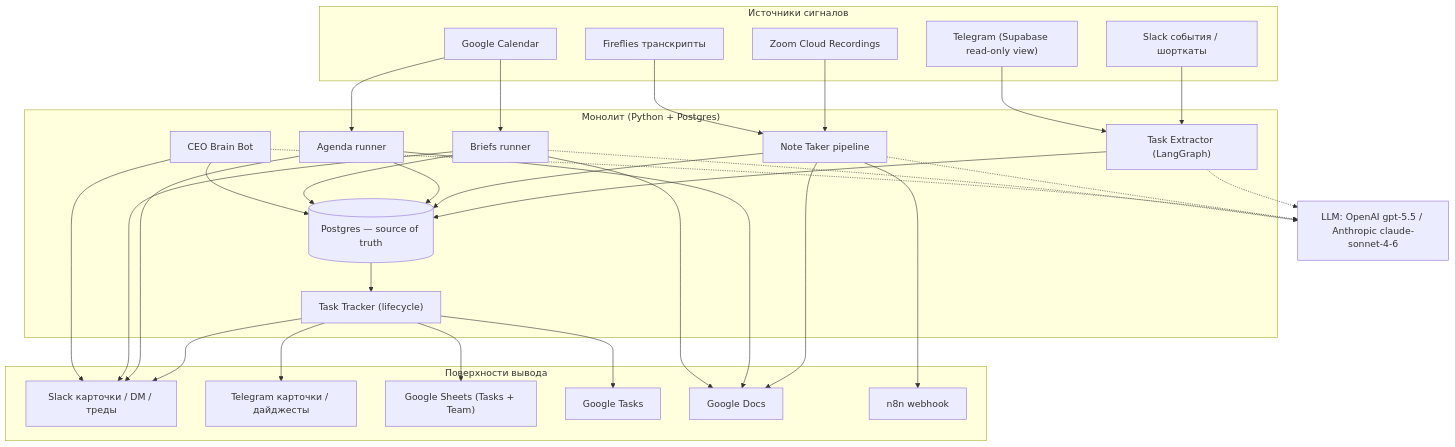
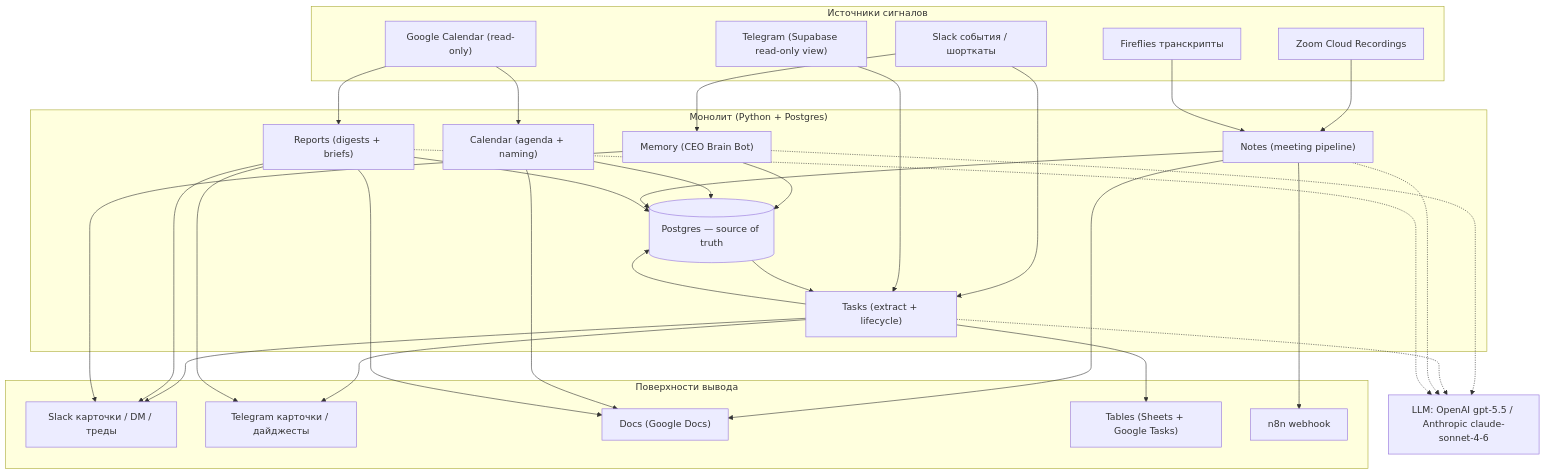
The first of 19 diagrams in CEO_BRAIN_SPEC_ASIS.md (andre-kuzminykh/manager), drawn with Mermaid before and after one commit. The commit also changed other lines of this file, not shown here.

First line of the commit message:
docs: переразбить CEO Brain AS-IS PRD на 7 фич по типу объекта

````diff
--- a/CEO_BRAIN_SPEC_ASIS.md
+++ b/CEO_BRAIN_SPEC_ASIS.md
@@ -87,61 +100,59 @@
 ```mermaid
 flowchart TD
     subgraph SRC["Источники сигналов"]
         SL["Slack события / шорткаты"]
         TG["Telegram (Supabase read-only view)"]
         ZM["Zoom Cloud Recordings"]
         FF["Fireflies транскрипты"]
-        GC["Google Calendar"]
+        GC["Google Calendar (read-only)"]
     end
 
     subgraph CORE["Монолит (Python + Postgres)"]
-        EXT["Task Extractor (LangGraph)"]
-        NTK["Note Taker pipeline"]
-        TRK["Task Tracker (lifecycle)"]
-        AGN["Agenda runner"]
-        BRF["Briefs runner"]
-        BOT["CEO Brain Bot"]
+        MEM["Memory (CEO Brain Bot)"]
+        TSK["Tasks (extract + lifecycle)"]
+        CAL["Calendar (agenda + naming)"]
+        NOTE["Notes (meeting pipeline)"]
+        REP["Reports (digests + briefs)"]
         DB[("Postgres — source of truth")]
     end
 
     subgraph OUT["Поверхности вывода"]
         SLO["Slack карточки / DM / треды"]
         TGO["Telegram карточки / дайджесты"]
-        GS["Google Sheets (Tasks + Team)"]
-        GT["Google Tasks"]
-        GD["Google Docs"]
+        DOC["Docs (Google Docs)"]
+        TBL["Tables (Sheets + Google Tasks)"]
         WH["n8n webhook"]
     end
 
-    SL --> EXT
-    TG --> EXT
-    ZM --> NTK
-    FF --> NTK
-    GC --> AGN
-    GC --> BRF
+    SL --> MEM
+    SL --> TSK
+    TG --> TSK
+    ZM --> NOTE
+    FF --> NOTE
+    GC --> CAL
+    GC --> REP
 
-    EXT --> DB
-    NTK --> DB
-    AGN --> DB
-    BRF --> DB
-    BOT --> DB
+    MEM --> DB
+    TSK --> DB
+    CAL --> DB
+    NOTE --> DB
+    REP --> DB
 
-    DB --> TRK
-    TRK --> SLO
-    TRK --> TGO
-    TRK --> GS
-    TRK --> GT
-    NTK --> GD
-    NTK --> WH
-    AGN --> SLO
-    AGN --> GD
-    BRF --> SLO
-    BRF --> GD
-    BOT --> SLO
+    DB --> TSK
+    TSK --> SLO
+    TSK --> TGO
+    TSK --> TBL
+    NOTE --> DOC
+    NOTE --> WH
+    CAL --> DOC
+    REP --> DOC
+    REP --> SLO
+    REP --> TGO
+    MEM --> SLO
 
     LLM["LLM: OpenAI gpt-5.5 / Anthropic claude-sonnet-4-6"]
-    EXT -.-> LLM
-    NTK -.-> LLM
-    BOT -.-> LLM
-    BRF -.-> LLM
+    MEM -.-> LLM
+    TSK -.-> LLM
+    NOTE -.-> LLM
+    REP -.-> LLM
 ```
````
